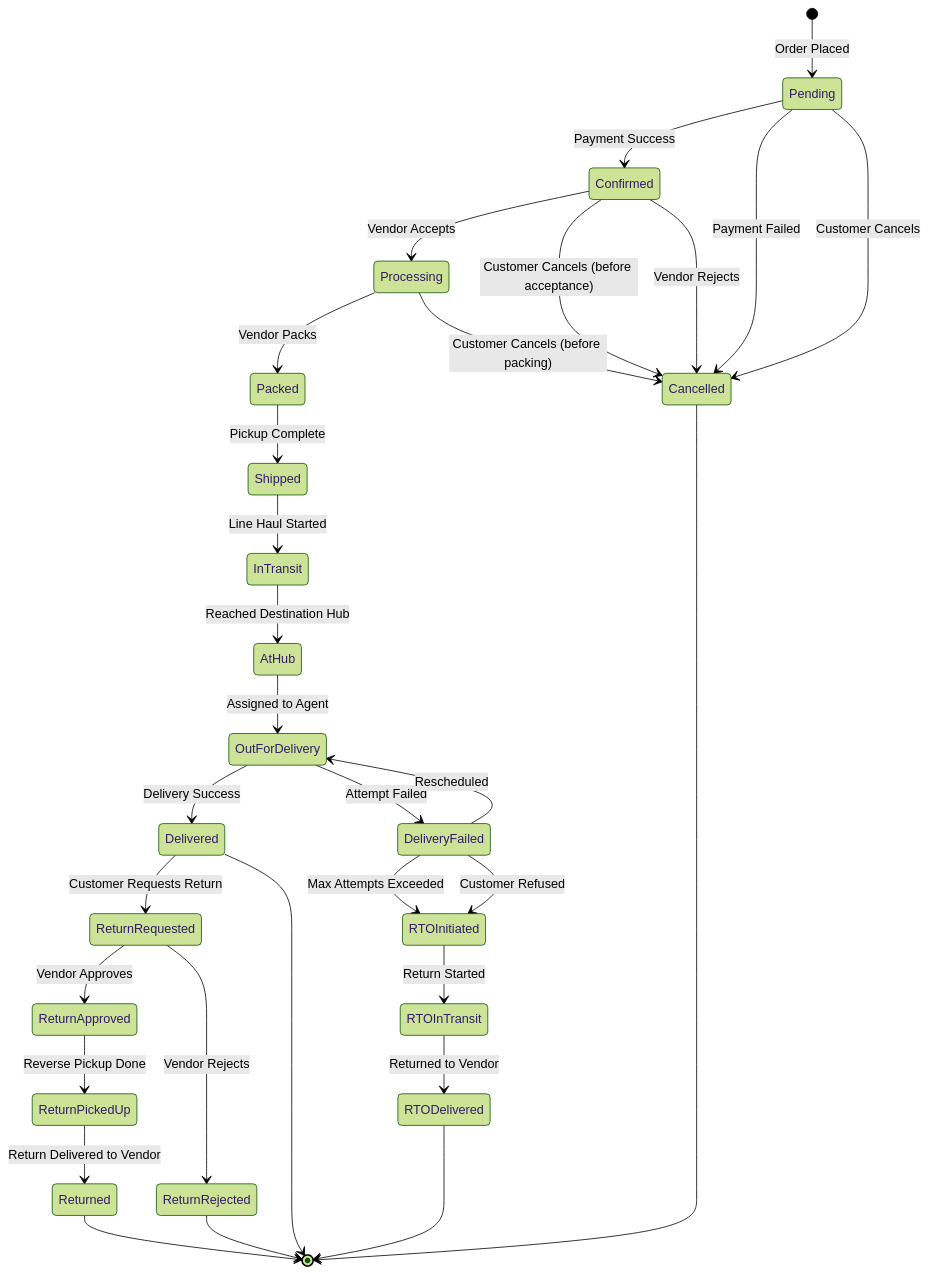
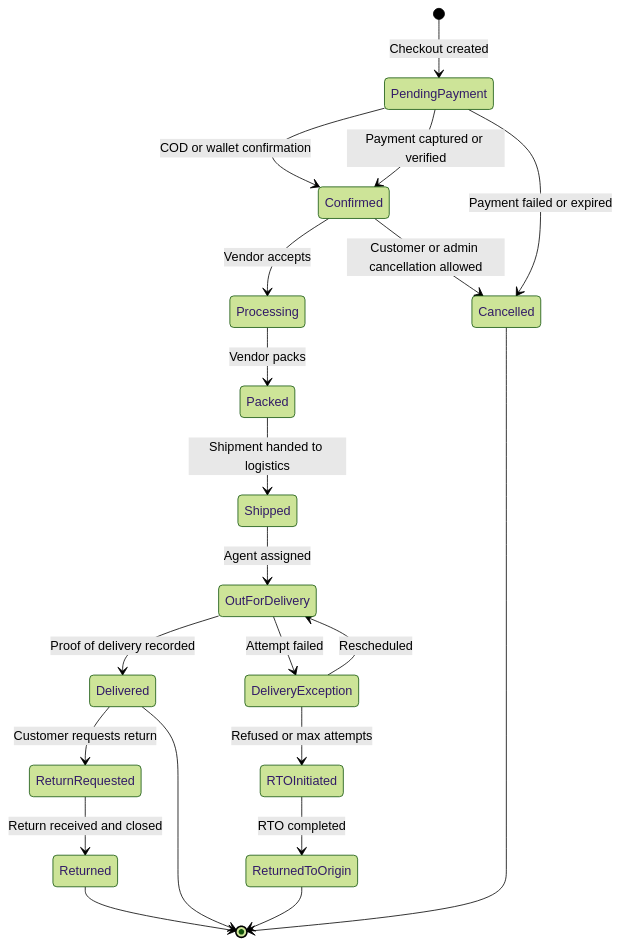
Before and after one commit to 0Ankit0/e-commerce: the first of 7 diagrams in docs/system-design/detailed-design/state-machine-diagrams.md, drawn with Mermaid (forest theme). The commit also changed other lines of this file and 24 other files, not shown here.

````diff
--- a/docs/system-design/detailed-design/state-machine-diagrams.md
+++ b/docs/system-design/detailed-design/state-machine-diagrams.md
@@ -10,45 +10,29 @@
 ```mermaid
 stateDiagram-v2
-    [*] --> Pending: Order Placed
+    [*] --> PendingPayment: Checkout created
 
-    Pending --> Confirmed: Payment Success
-    Pending --> Cancelled: Payment Failed
-    Pending --> Cancelled: Customer Cancels
+    PendingPayment --> Confirmed: COD or wallet confirmation
+    PendingPayment --> Confirmed: Payment captured or verified
+    PendingPayment --> Cancelled: Payment failed or expired
 
-    Confirmed --> Processing: Vendor Accepts
-    Confirmed --> Cancelled: Customer Cancels (before acceptance)
-    Confirmed --> Cancelled: Vendor Rejects
+    Confirmed --> Processing: Vendor accepts
+    Confirmed --> Cancelled: Customer or admin cancellation allowed
 
-    Processing --> Packed: Vendor Packs
-    Processing --> Cancelled: Customer Cancels (before packing)
+    Processing --> Packed: Vendor packs
+    Packed --> Shipped: Shipment handed to logistics
+    Shipped --> OutForDelivery: Agent assigned
+    OutForDelivery --> Delivered: Proof of delivery recorded
 
-    Packed --> Shipped: Pickup Complete
+    OutForDelivery --> DeliveryException: Attempt failed
+    DeliveryException --> OutForDelivery: Rescheduled
+    DeliveryException --> RTOInitiated: Refused or max attempts
+    RTOInitiated --> ReturnedToOrigin: RTO completed
 
-    Shipped --> InTransit: Line Haul Started
-
-    InTransit --> AtHub: Reached Destination Hub
-
-    AtHub --> OutForDelivery: Assigned to Agent
-
-    OutForDelivery --> Delivered: Delivery Success
-    OutForDelivery --> DeliveryFailed: Attempt Failed
-
-    DeliveryFailed --> OutForDelivery: Rescheduled
-    DeliveryFailed --> RTOInitiated: Max Attempts Exceeded
-    DeliveryFailed --> RTOInitiated: Customer Refused
-
-    RTOInitiated --> RTOInTransit: Return Started
-    RTOInTransit --> RTODelivered: Returned to Vendor
-
-    Delivered --> ReturnRequested: Customer Requests Return
-    ReturnRequested --> ReturnApproved: Vendor Approves
-    ReturnRequested --> ReturnRejected: Vendor Rejects
-    ReturnApproved --> ReturnPickedUp: Reverse Pickup Done
-    ReturnPickedUp --> Returned: Return Delivered to Vendor
+    Delivered --> ReturnRequested: Customer requests return
+    ReturnRequested --> Returned: Return received and closed
 
     Cancelled --> [*]
     Delivered --> [*]
-    RTODelivered --> [*]
+    ReturnedToOrigin --> [*]
     Returned --> [*]
-    ReturnRejected --> [*]
 ```
````
